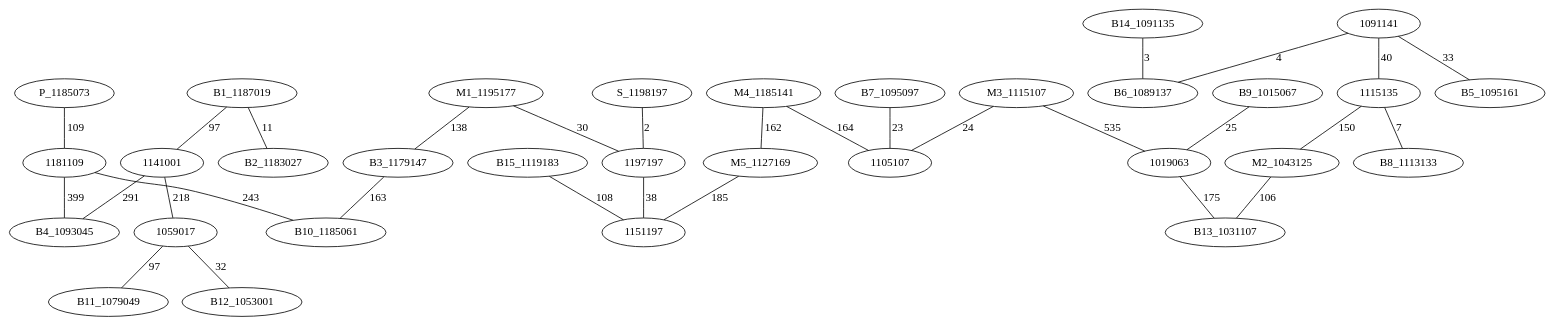
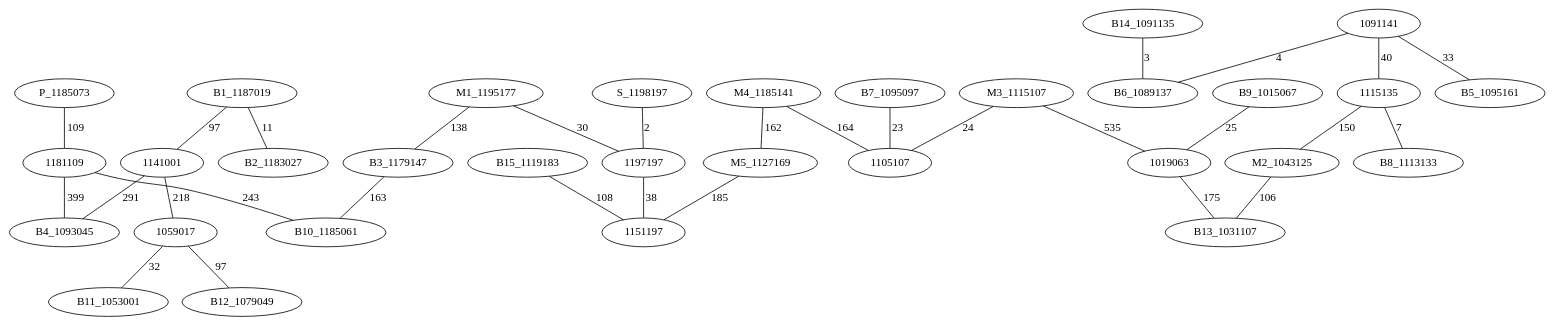
One commit to AsmNoob/Labyrinthe changed the diagram in Graph.dot. Above: the diagram before and after it, drawn with Graphviz. The commit also changed 2 other files, not shown here.

```diff
--- a/Graph.dot
+++ b/Graph.dot
@@ -1,34 +1,34 @@
 graph chemin {
 
 	P_1185073 -- 1181109 [label=109]
+	B1_1187019 -- 1141001 [label=97]
 	B1_1187019 -- B2_1183027 [label=11]
-	B1_1187019 -- 1141001 [label=97]
 	M1_1195177 -- 1197197 [label=30]
 	M1_1195177 -- B3_1179147 [label=138]
 	1141001 -- B4_1093045 [label=291]
 	1141001 -- 1059017 [label=218]
+	1091141 -- 1115135 [label=40]
 	1091141 -- B5_1095161 [label=33]
 	1091141 -- B6_1089137 [label=4]
-	1091141 -- 1115135 [label=40]
 	B7_1095097 -- 1105107 [label=23]
+	1115135 -- M2_1043125 [label=150]
 	1115135 -- B8_1113133 [label=7]
-	1115135 -- M2_1043125 [label=150]
 	B9_1015067 -- 1019063 [label=25]
 	1181109 -- B4_1093045 [label=399]
 	1181109 -- B10_1185061 [label=243]
+	M3_1115107 -- 1019063 [label=535]
 	M3_1115107 -- 1105107 [label=24]
-	M3_1115107 -- 1019063 [label=535]
-	1059017 -- B11_1079049 [label=97]
-	1059017 -- B12_1053001 [label=32]
+	1059017 -- B11_1053001 [label=32]
+	1059017 -- B12_1079049 [label=97]
 	B3_1179147 -- B10_1185061 [label=163]
+	M4_1185141 -- 1105107 [label=164]
 	M4_1185141 -- M5_1127169 [label=162]
-	M4_1185141 -- 1105107 [label=164]
 	M2_1043125 -- B13_1031107 [label=106]
 	M5_1127169 -- 1151197 [label=185]
 	S_1198197 -- 1197197 [label=2]
 	B14_1091135 -- B6_1089137 [label=3]
 	1197197 -- 1151197 [label=38]
 	1019063 -- B13_1031107 [label=175]
 	B15_1119183 -- 1151197 [label=108]
 
 }
```
